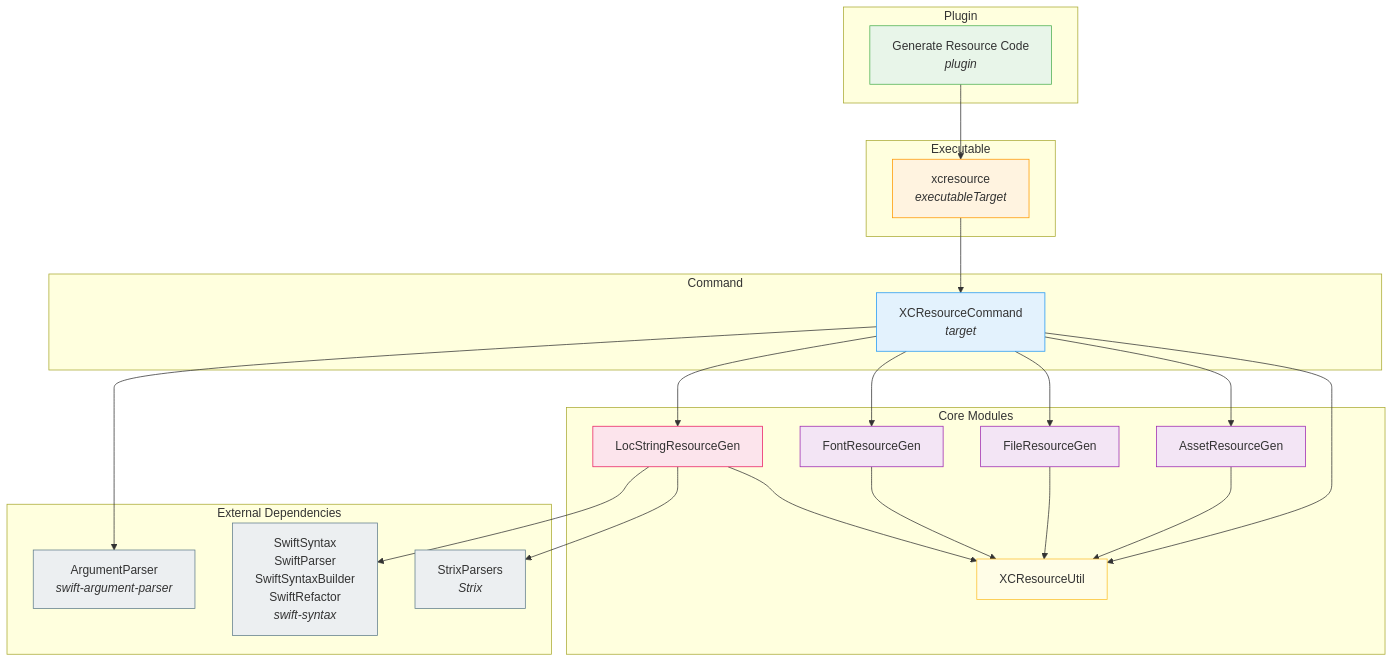
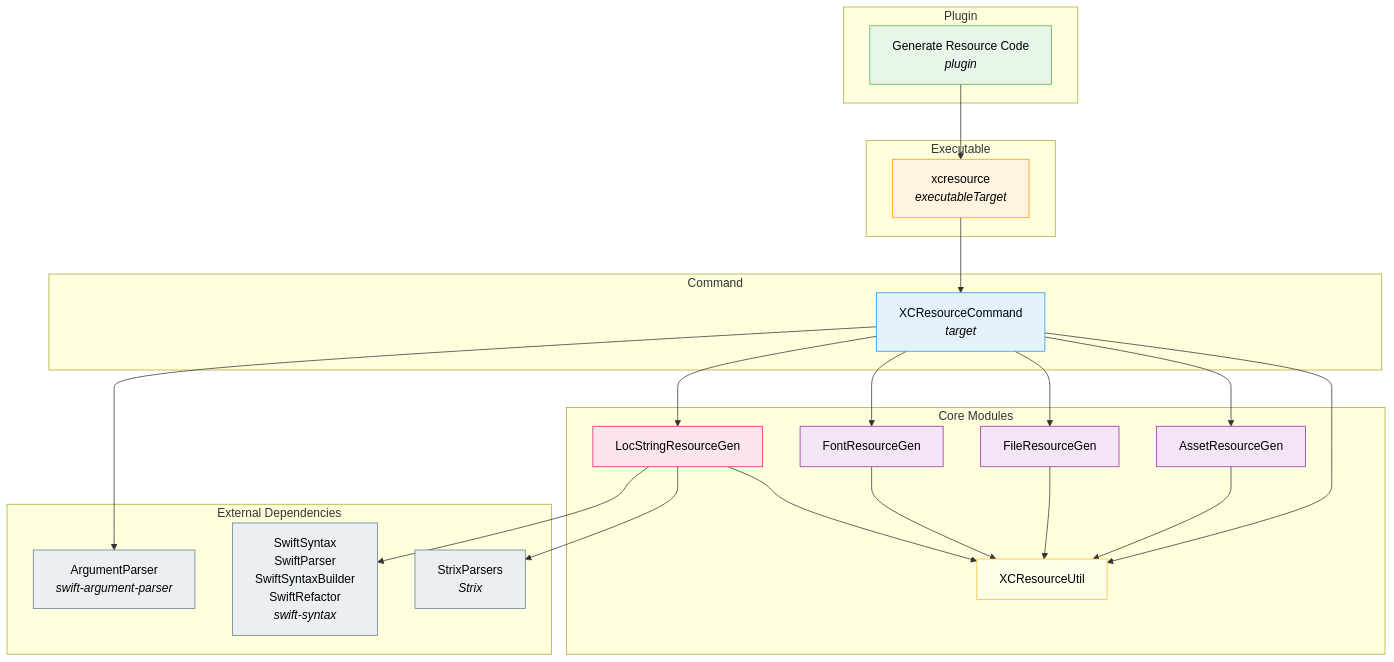
Before and after one commit to nearfri/XCResource: the diagram in README.md, drawn with Mermaid.

Commit message:
Add color property to style definitions in README

````diff
--- a/README.md
+++ b/README.md
@@ -217,56 +217,56 @@
 ```mermaid
 graph TD
     subgraph Plugin
         P["Generate Resource Code<br/><i>plugin</i>"]
     end
 
     subgraph Executable
         CLI["xcresource<br/><i>executableTarget</i>"]
     end
 
     subgraph Command
         CMD["XCResourceCommand<br/><i>target</i>"]
     end
 
     subgraph "Core Modules"
         LOC["LocStringResourceGen"]
         FONT["FontResourceGen"]
         FILE["FileResourceGen"]
         ASSET["AssetResourceGen"]
         UTIL["XCResourceUtil"]
     end
 
     subgraph "External Dependencies"
         AP["ArgumentParser<br/><i>swift-argument-parser</i>"]
         SS["SwiftSyntax<br/>SwiftParser<br/>SwiftSyntaxBuilder<br/>SwiftRefactor<br/><i>swift-syntax</i>"]
         ST["StrixParsers<br/><i>Strix</i>"]
     end
 
     P --> CLI
     CLI --> CMD
     CMD --> AP
     CMD --> LOC
     CMD --> FONT
     CMD --> FILE
     CMD --> ASSET
     CMD --> UTIL
 
     LOC --> SS
     LOC --> ST
     LOC --> UTIL
     FONT --> UTIL
     FILE --> UTIL
     ASSET --> UTIL
 
-    style P fill:#e8f5e9,stroke:#4caf50
-    style CLI fill:#fff3e0,stroke:#ff9800
-    style CMD fill:#e3f2fd,stroke:#2196f3
-    style LOC fill:#fce4ec,stroke:#e91e63
-    style FONT fill:#f3e5f5,stroke:#9c27b0
-    style FILE fill:#f3e5f5,stroke:#9c27b0
-    style ASSET fill:#f3e5f5,stroke:#9c27b0
-    style UTIL fill:#fffde7,stroke:#fbc02d
-    style AP fill:#eceff1,stroke:#607d8b
-    style SS fill:#eceff1,stroke:#607d8b
-    style ST fill:#eceff1,stroke:#607d8b
+    style P fill:#e8f5e9,stroke:#4caf50,color:#000000
+    style CLI fill:#fff3e0,stroke:#ff9800,color:#000000
+    style CMD fill:#e3f2fd,stroke:#2196f3,color:#000000
+    style LOC fill:#fce4ec,stroke:#e91e63,color:#000000
+    style FONT fill:#f3e5f5,stroke:#9c27b0,color:#000000
+    style FILE fill:#f3e5f5,stroke:#9c27b0,color:#000000
+    style ASSET fill:#f3e5f5,stroke:#9c27b0,color:#000000
+    style UTIL fill:#fffde7,stroke:#fbc02d,color:#000000
+    style AP fill:#eceff1,stroke:#607d8b,color:#000000
+    style SS fill:#eceff1,stroke:#607d8b,color:#000000
+    style ST fill:#eceff1,stroke:#607d8b,color:#000000
 ```
````
